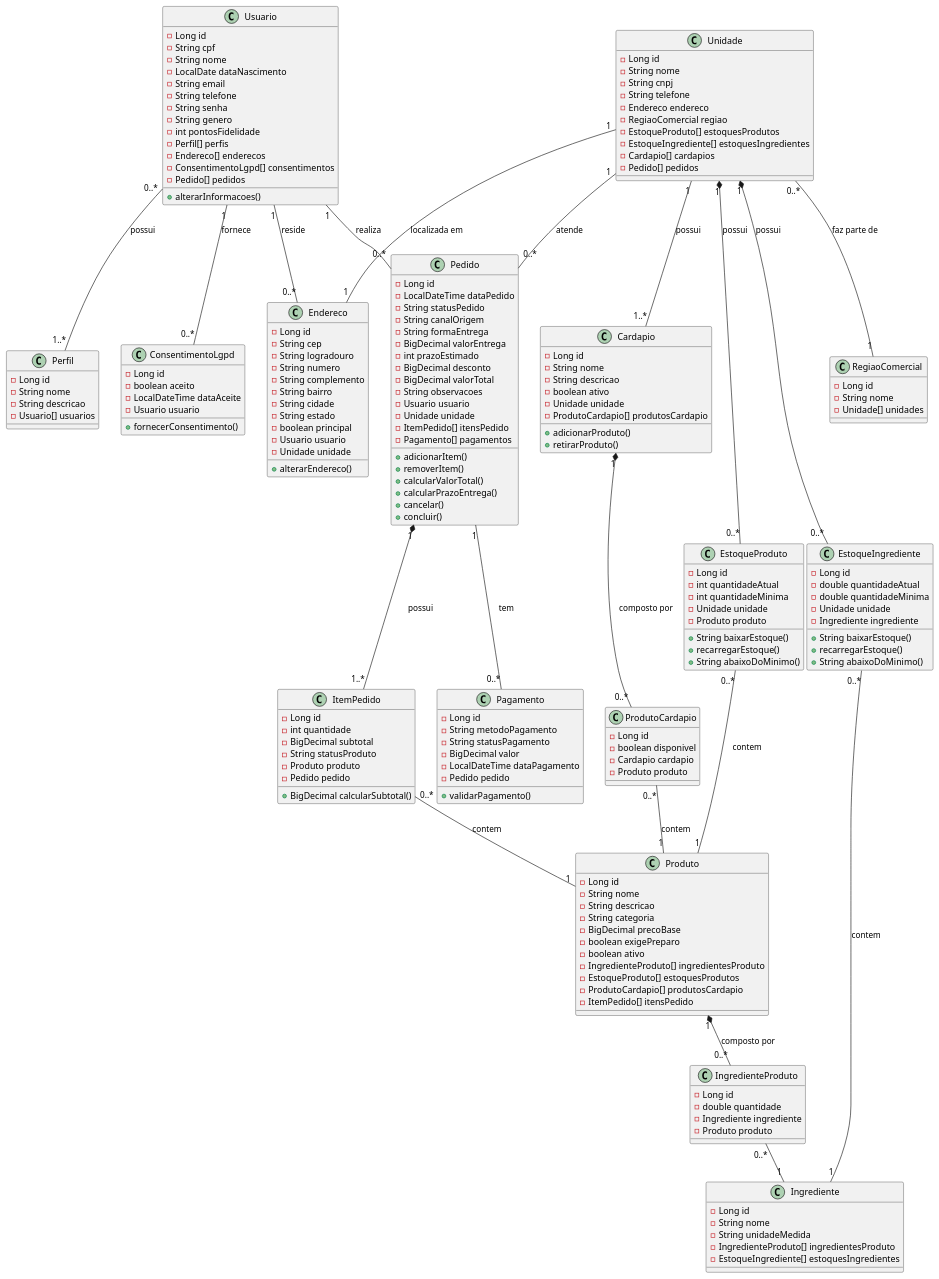
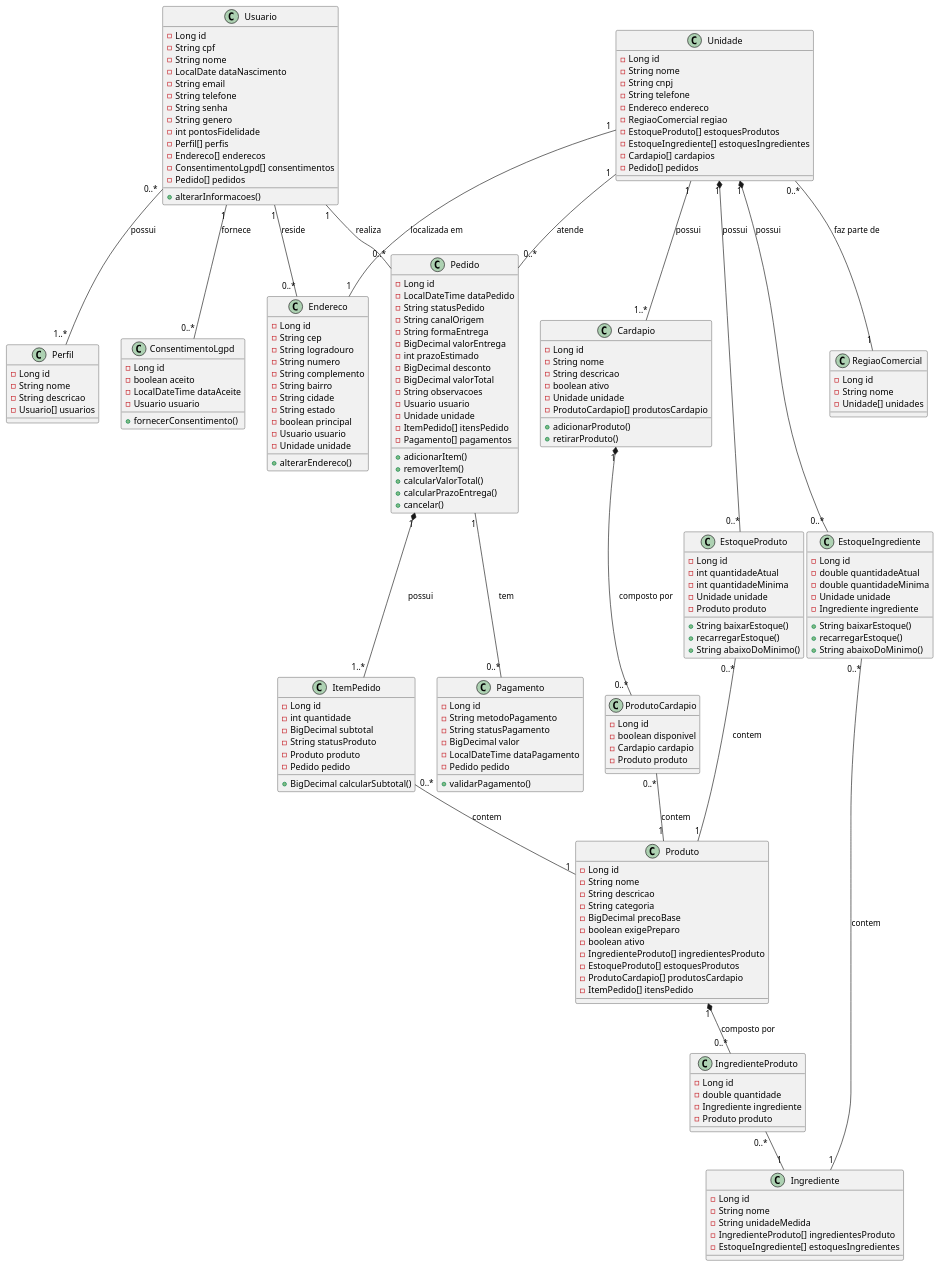
The diagram in api/docs/diagramas/diagrama_de_classes.plantuml (tarcisiordossantos/raizes-do-nordeste), drawn with PlantUML before and after one commit. The commit also changed 12 other files, not shown here.

```diff
--- a/api/docs/diagramas/diagrama_de_classes.plantuml
+++ b/api/docs/diagramas/diagrama_de_classes.plantuml
@@ -1,194 +1,193 @@
 @startuml RaizesDoNordeste
     class Usuario{
         -Long id
         -String cpf
         -String nome
         -LocalDate dataNascimento
         -String email
         -String telefone
         -String senha
         -String genero
         -int pontosFidelidade
         -Perfil[] perfis
         -Endereco[] enderecos
         -ConsentimentoLgpd[] consentimentos
         -Pedido[] pedidos
 
         +alterarInformacoes()
     }
     class Perfil{
         -Long id
         -String nome
         -String descricao
         -Usuario[] usuarios
     }
     class Pedido{
         -Long id
         -LocalDateTime dataPedido
         -String statusPedido
         -String canalOrigem
         -String formaEntrega
         -BigDecimal valorEntrega
         -int prazoEstimado
         -BigDecimal desconto
         -BigDecimal valorTotal
         -String observacoes
         -Usuario usuario
         -Unidade unidade
         -ItemPedido[] itensPedido
         -Pagamento[] pagamentos
 
         +adicionarItem()
         +removerItem()
         +calcularValorTotal()
         +calcularPrazoEntrega()
         +cancelar()
-        +concluir()
     }
     class Pagamento{
         -Long id
         -String metodoPagamento
         -String statusPagamento
         -BigDecimal valor
         -LocalDateTime dataPagamento
         -Pedido pedido
 
         +validarPagamento()
     }
     class ItemPedido{
         -Long id
         -int quantidade
         -BigDecimal subtotal
         -String statusProduto
         -Produto produto
         -Pedido pedido
 
         +BigDecimal calcularSubtotal()
     }
     class Produto{
         -Long id 
         -String nome
         -String descricao
         -String categoria
         -BigDecimal precoBase
         -boolean exigePreparo
         -boolean ativo
         -IngredienteProduto[] ingredientesProduto
         -EstoqueProduto[] estoquesProdutos
         -ProdutoCardapio[] produtosCardapio
         -ItemPedido[] itensPedido
 
     }
     class IngredienteProduto{
         -Long id
         -double quantidade
         -Ingrediente ingrediente
         -Produto produto
     }
     class Ingrediente{
         -Long id
         -String nome
         -String unidadeMedida
         -IngredienteProduto[] ingredientesProduto
         -EstoqueIngrediente[] estoquesIngredientes
     }
     class Unidade{
         -Long id
         -String nome
         -String cnpj
         -String telefone
         -Endereco endereco
         -RegiaoComercial regiao
         -EstoqueProduto[] estoquesProdutos
         -EstoqueIngrediente[] estoquesIngredientes
         -Cardapio[] cardapios
         -Pedido[] pedidos
     }
     class EstoqueProduto{
         -Long id
         -int quantidadeAtual
         -int quantidadeMinima
         -Unidade unidade
         -Produto produto
 
         +String baixarEstoque()
         +recarregarEstoque()
         +String abaixoDoMinimo()
     }
     class EstoqueIngrediente{
         -Long id
         -double quantidadeAtual
         -double quantidadeMinima
         -Unidade unidade
         -Ingrediente ingrediente
 
         +String baixarEstoque()
         +recarregarEstoque()
         +String abaixoDoMinimo()
     }
     class Cardapio{
         -Long id
         -String nome
         -String descricao
         -boolean ativo
         -Unidade unidade
         -ProdutoCardapio[] produtosCardapio
 
         +adicionarProduto()
         +retirarProduto()
     }
     class ProdutoCardapio{
         -Long id
         -boolean disponivel
         -Cardapio cardapio
         -Produto produto
     }
     class ConsentimentoLgpd{
         -Long id
         -boolean aceito
         -LocalDateTime dataAceite
         -Usuario usuario
         
         +fornecerConsentimento()
     }
     class Endereco{
         -Long id
         -String cep
         -String logradouro
         -String numero
         -String complemento
         -String bairro
         -String cidade
         -String estado
         -boolean principal
         -Usuario usuario
         -Unidade unidade
 
         +alterarEndereco()
     }
     class RegiaoComercial{
         -Long id
         -String nome
         -Unidade[] unidades
     }
 
     Usuario "0..*" -- "1..*" Perfil : possui
     Usuario "1" -- "0..*" ConsentimentoLgpd : fornece
     Usuario "1" -- "0..*" Endereco : reside
     Usuario "1" -- "0..*" Pedido : realiza
     Unidade "1" -- "0..*" Pedido : atende
     Unidade "1" *-- "0..*" EstoqueProduto : possui
     Unidade "1" *-- "0..*" EstoqueIngrediente : possui
     EstoqueProduto "0..*" -- "1" Produto : contem
     EstoqueIngrediente "0..*" -- "1" Ingrediente : contem
     Pedido "1" *-- "1..*" ItemPedido : possui
     Pedido "1" -- "0..*" Pagamento : tem
     ItemPedido "0..*" -- "1" Produto : contem
     Produto "1" *-- "0..*" IngredienteProduto : composto por
     IngredienteProduto "0..*" -- "1" Ingrediente
     Unidade "0..*" -- "1" RegiaoComercial : faz parte de
     Unidade "1" -- "1" Endereco : localizada em
     Unidade "1" -- "1..*" Cardapio : possui
     Cardapio "1" *-- "0..*" ProdutoCardapio :  composto por
     ProdutoCardapio "0..*" -- "1" Produto : contem
 @enduml
```
